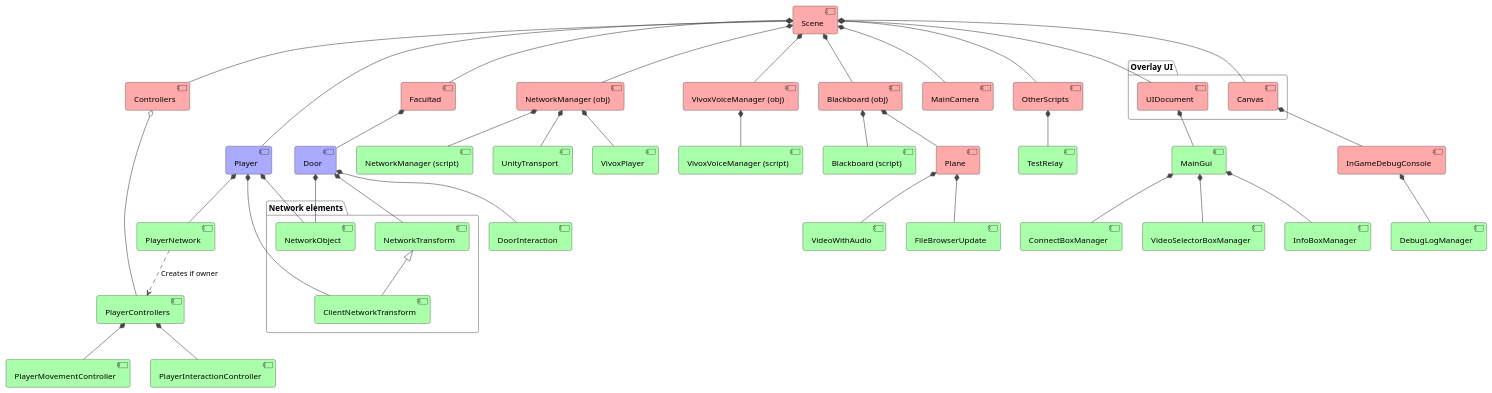
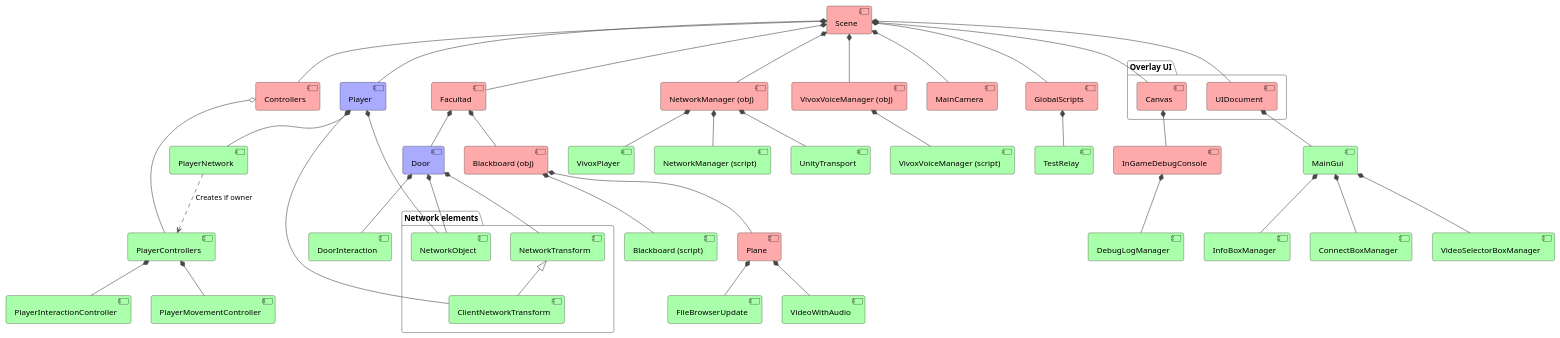
One commit to AlexDeAguiar/TFG-new-repo changed the diagram in TFG-new-project/Documentation/PlantUmlDiagrams/componentDiagram.puml. Above: the diagram before and after it, drawn with PlantUML. The commit also changed 6 other files, not shown here.

Commit message:
Simplificado jerarquia y actualizado diagrama de componentes

```diff
--- a/TFG-new-project/Documentation/PlantUmlDiagrams/componentDiagram.puml
+++ b/TFG-new-project/Documentation/PlantUmlDiagrams/componentDiagram.puml
@@ -1,114 +1,116 @@
 @startuml
 !theme vibrant
 
 component Scene #FFAAAA
 component Player #AAAAFF
 component NetworkManagerObject as "NetworkManager (obj)" #FFAAAA
 component VivoxVoiceManagerObject as "VivoxVoiceManager (obj)" #FFAAAA
 
 package "Overlay UI" {
   component UIDocument #FFAAAA
   component Canvas #FFAAAA
 }
 component Controllers #FFAAAA
 
 component BlackboardObject as "Blackboard (obj)" #FFAAAA
 component BlackboardScript as "Blackboard (script)" #AAFFAA
 component Plane #FFAAAA
 component VideoWithAudio #AAFFAA
 component FileBrowserUpdate #AAFFAA
 
 
 
 component Facultad #FFAAAA
 component MainCamera #FFAAAA
-component OtherScripts #FFAAAA
+component GlobalScripts #FFAAAA
 
 package "Network elements" {
   component NetworkObject #AAFFAA
   component NetworkTransform #AAFFAA
   component ClientNetworkTransform #AAFFAA
 }
 
 component PlayerNetwork #AAFFAA
 
 component PlayerControllers #AAFFAA
 component PlayerMovementController #AAFFAA
 component PlayerInteractionController #AAFFAA
 component DoorInteraction #AAFFAA
 
 component TestRelay #AAFFAA
 component Door #AAAAFF
 
 component MainGui #AAFFAA
 component VideoSelectorBoxManager #AAFFAA
 component InfoBoxManager #AAFFAA
 component ConnectBoxManager #AAFFAA
 
 component InGameDebugConsole #FFAAAA
 component DebugLogManager #AAFFAA
 
 component NetworkManagerScript as "NetworkManager (script)" #AAFFAA
 component UnityTransport #AAFFAA
 component VivoxPlayer #AAFFAA
 
 component VivoxVoiceManagerScript as "VivoxVoiceManager (script)" #AAFFAA
 
 
 'First line ordering
+Controllers -[hidden]r-> Player
+Player -[hidden]r-> Facultad
 'NetworkManagerObject -[hidden]r-> NetworkManagerObject
 'NetworkManager -[hidden]r-> VivoxVoiceManager
 'VivoxVoiceManager -[hidden]r-> Canvas
 'Canvas -[hidden]r-> UIDocument
 'UIDocument -[hidden]r-> Player
 
 
 
 NetworkTransform <|-- ClientNetworkTransform
 
 Scene *-- Player
 Scene *-- NetworkManagerObject
 Scene *-- VivoxVoiceManagerObject
 Scene *-- UIDocument
 Scene *-- Canvas
 Scene *-- Facultad
 Scene *-- MainCamera
-Scene *-- OtherScripts
+Scene *-- GlobalScripts
 Scene *-- Controllers
 
-Scene *-- BlackboardObject
+Facultad *-- BlackboardObject
 BlackboardObject *-- BlackboardScript
 BlackboardObject *-- Plane
 Plane *-- VideoWithAudio
 Plane *-- FileBrowserUpdate
 
 Player *-- NetworkObject
 Player *-- ClientNetworkTransform
 Player *-- PlayerNetwork
 PlayerNetwork ..> PlayerControllers : Creates if owner
 
-OtherScripts *-- TestRelay
+GlobalScripts *-- TestRelay
 
 Facultad *-- Door
 Door *-- DoorInteraction
 Door *-- NetworkObject
 Door *-- NetworkTransform
 
 UIDocument *-- MainGui
 MainGui *-- VideoSelectorBoxManager
 MainGui *-- InfoBoxManager
 MainGui *-- ConnectBoxManager
 
 Canvas *-- InGameDebugConsole
 InGameDebugConsole *-- DebugLogManager
 
 NetworkManagerObject *-- NetworkManagerScript
 NetworkManagerObject *-- VivoxPlayer
 NetworkManagerObject *-- UnityTransport
 VivoxVoiceManagerObject *-- VivoxVoiceManagerScript
 
 Controllers o-- PlayerControllers
 PlayerControllers *-- PlayerMovementController
 PlayerControllers *-- PlayerInteractionController
 
 @enduml
```
